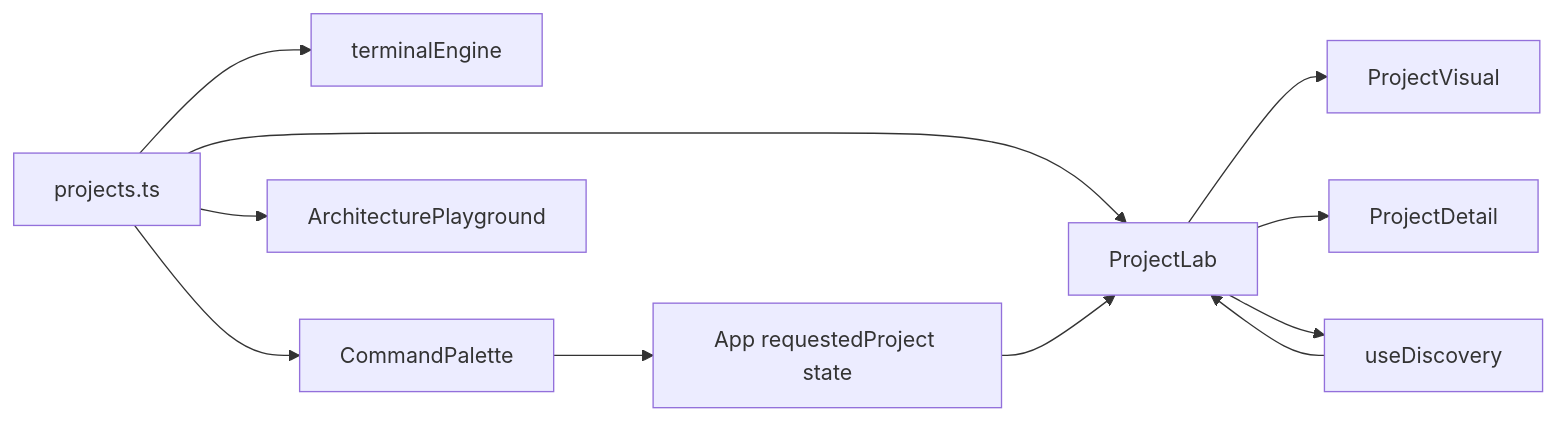
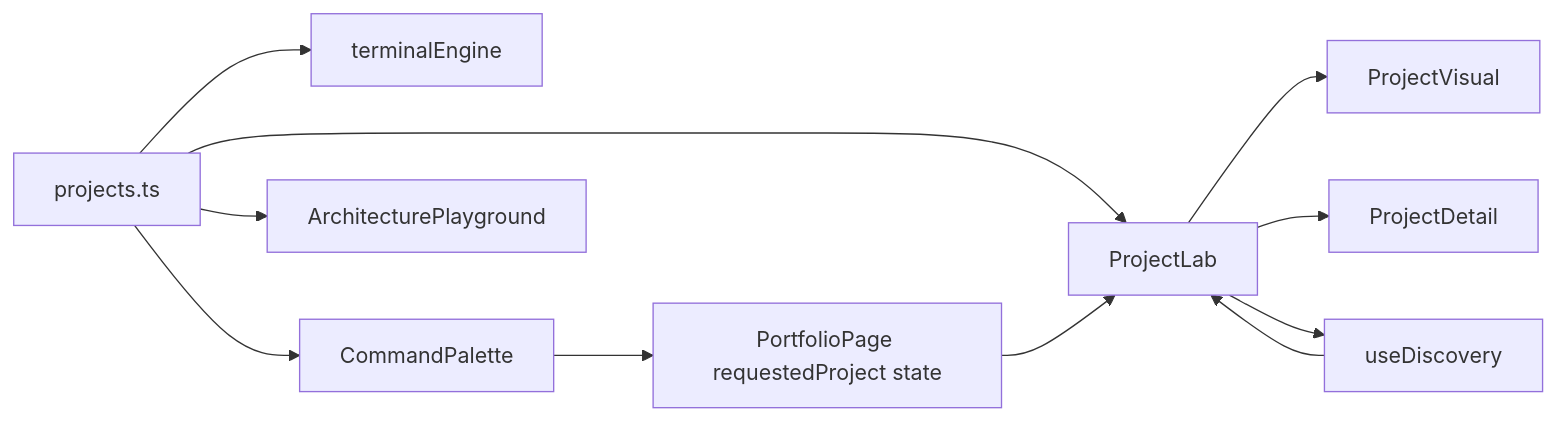
The second of 5 diagrams in ARCHITECTURE.md (atrx07/atrx07-portfolio), drawn with Mermaid before and after one commit. The commit also changed other lines of this file and 16 other files, not shown here.

````diff
--- a/ARCHITECTURE.md
+++ b/ARCHITECTURE.md
@@ -183,13 +184,13 @@
 ```mermaid
 flowchart LR
   projects["projects.ts"] --> lab["ProjectLab"]
   projects --> terminal["terminalEngine"]
   projects --> palette["CommandPalette"]
   lab --> visual["ProjectVisual"]
   lab --> detail["ProjectDetail"]
   projects --> architecture["ArchitecturePlayground"]
   discover["useDiscovery"] --> lab
   lab --> discover
-  palette --> app["App requestedProject state"]
+  palette --> app["PortfolioPage requestedProject state"]
   app --> lab
 ```
````
